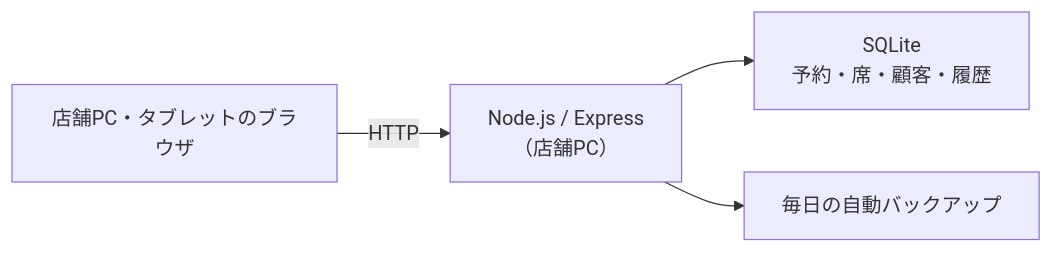
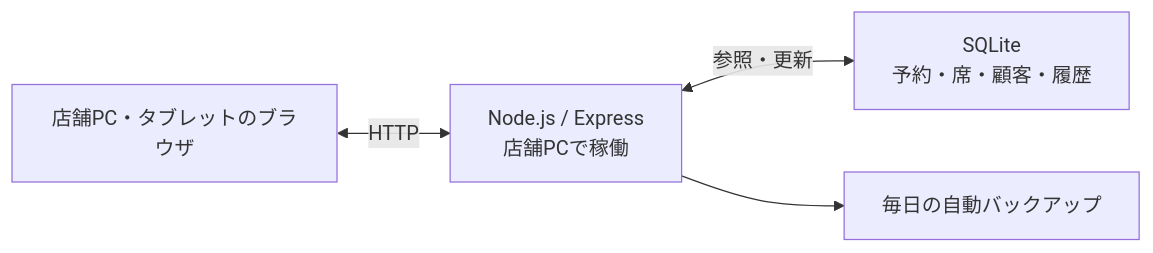
Before and after one commit to rei-ito-cs/nishi-board-portfolio: the diagram in README.md, drawn with Mermaid.

Commit message:
構成図のmermaidが描画されない問題を修正
ノード宣言を行ごとに分け、エッジラベルを引用符で囲む記法に戻した。

````diff
--- a/README.md
+++ b/README.md
@@ -50,6 +50,10 @@
 ```mermaid
 flowchart LR
-  B["店舗PC・タブレットのブラウザ"] -->|HTTP| S["Node.js / Express<br/>（店舗PC）"]
-  S --> D["SQLite<br/>予約・席・顧客・履歴"]
-  S --> G["毎日の自動バックアップ"]
+  B["店舗PC・タブレットのブラウザ"]
+  S["Node.js / Express<br/>店舗PCで稼働"]
+  D["SQLite<br/>予約・席・顧客・履歴"]
+  G["毎日の自動バックアップ"]
+  B <-->|"HTTP"| S
+  S <-->|"参照・更新"| D
+  S --> G
 ```
````
